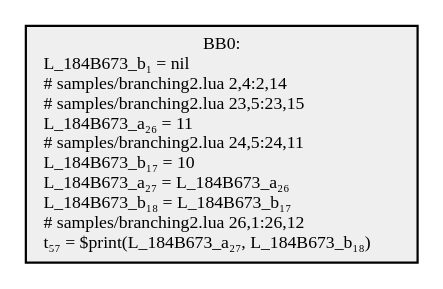
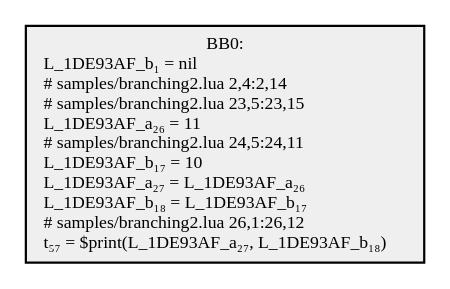
One commit to GGG-KILLER/SimpleCompiler changed the diagram in src/SimpleCompiler.Cli/samples/obj/branching2.4.dot. Above: the diagram before and after it, drawn with Graphviz. The commit also changed 36 other files, not shown here.

```diff
--- a/src/SimpleCompiler.Cli/samples/obj/branching2.4.dot
+++ b/src/SimpleCompiler.Cli/samples/obj/branching2.4.dot
@@ -1,5 +1,5 @@
 digraph {
   node[shape=box style=filled fontsize=8 fontname="Cascadia Code" fillcolor="#efefef"];
-  BB0 [label="BB0:\nL_184B673_b₁ = nil\l# samples/branching2.lua 2,4:2,14\l# samples/branching2.lua 23,5:23,15\lL_184B673_a₂₆ = 11\l# samples/branching2.lua 24,5:24,11\lL_184B673_b₁₇ = 10\lL_184B673_a₂₇ = L_184B673_a₂₆\lL_184B673_b₁₈ = L_184B673_b₁₇\l# samples/branching2.lua 26,1:26,12\lt₅₇ = $print(L_184B673_a₂₇, L_184B673_b₁₈)\l"];
+  BB0 [label="BB0:\nL_1DE93AF_b₁ = nil\l# samples/branching2.lua 2,4:2,14\l# samples/branching2.lua 23,5:23,15\lL_1DE93AF_a₂₆ = 11\l# samples/branching2.lua 24,5:24,11\lL_1DE93AF_b₁₇ = 10\lL_1DE93AF_a₂₇ = L_1DE93AF_a₂₆\lL_1DE93AF_b₁₈ = L_1DE93AF_b₁₇\l# samples/branching2.lua 26,1:26,12\lt₅₇ = $print(L_1DE93AF_a₂₇, L_1DE93AF_b₁₈)\l"];
 
 }
```
